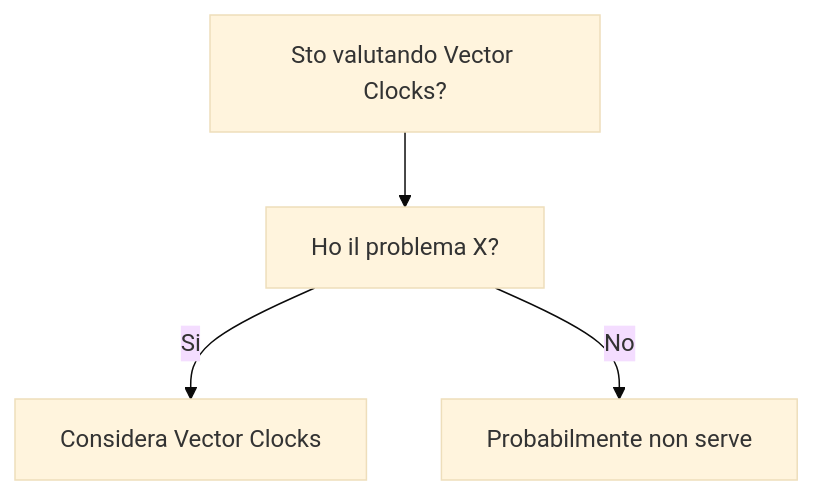
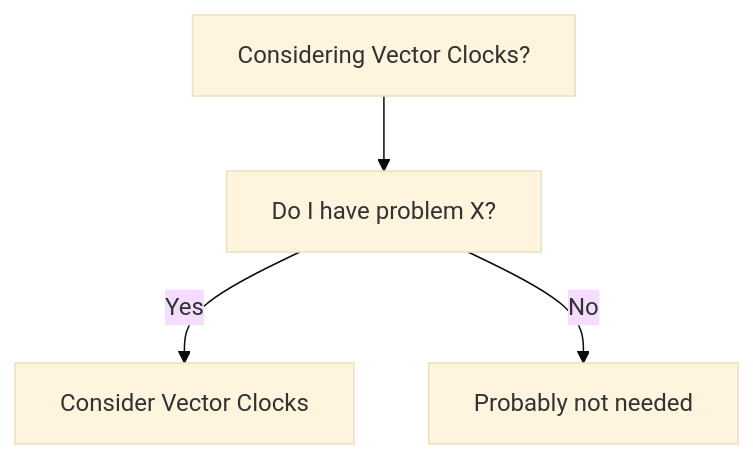
The diagram in dev-wiki/05_Distributed_Systems/Vector_Clocks/When_To_Use.md (HxT9/Software-Dev-Wiki), drawn with Mermaid (base theme) before and after one commit. The commit also changed other lines of this file and 3444 other files, not shown here.

````diff
--- a/dev-wiki/05_Distributed_Systems/Vector_Clocks/When_To_Use.md
+++ b/dev-wiki/05_Distributed_Systems/Vector_Clocks/When_To_Use.md
@@ -19,6 +19,6 @@
 ```mermaid
 flowchart TD
-  Q[Sto valutando Vector Clocks?] --> Q1[Ho il problema X?]
-  Q1 -->|Si| OK[Considera Vector Clocks]
-  Q1 -->|No| NO[Probabilmente non serve]
+  Q[Considering Vector Clocks?] --> Q1[Do I have problem X?]
+  Q1 -->|Yes| OK[Consider Vector Clocks]
+  Q1 -->|No| NO[Probably not needed]
 ```
````
